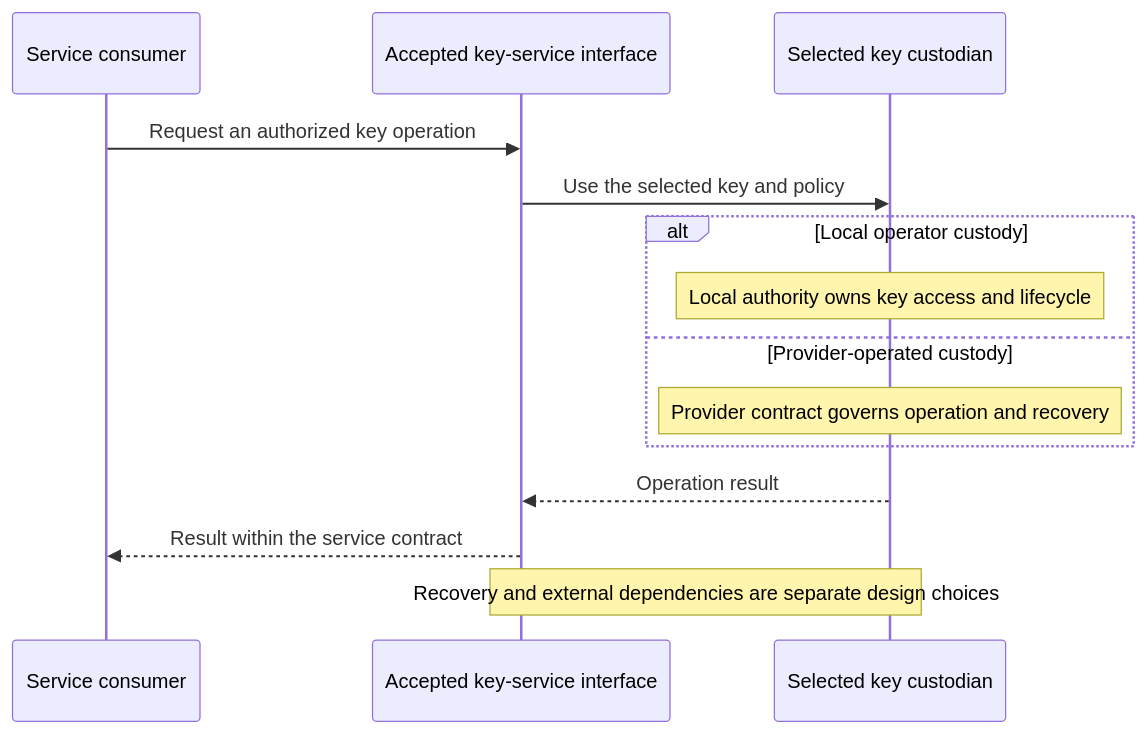
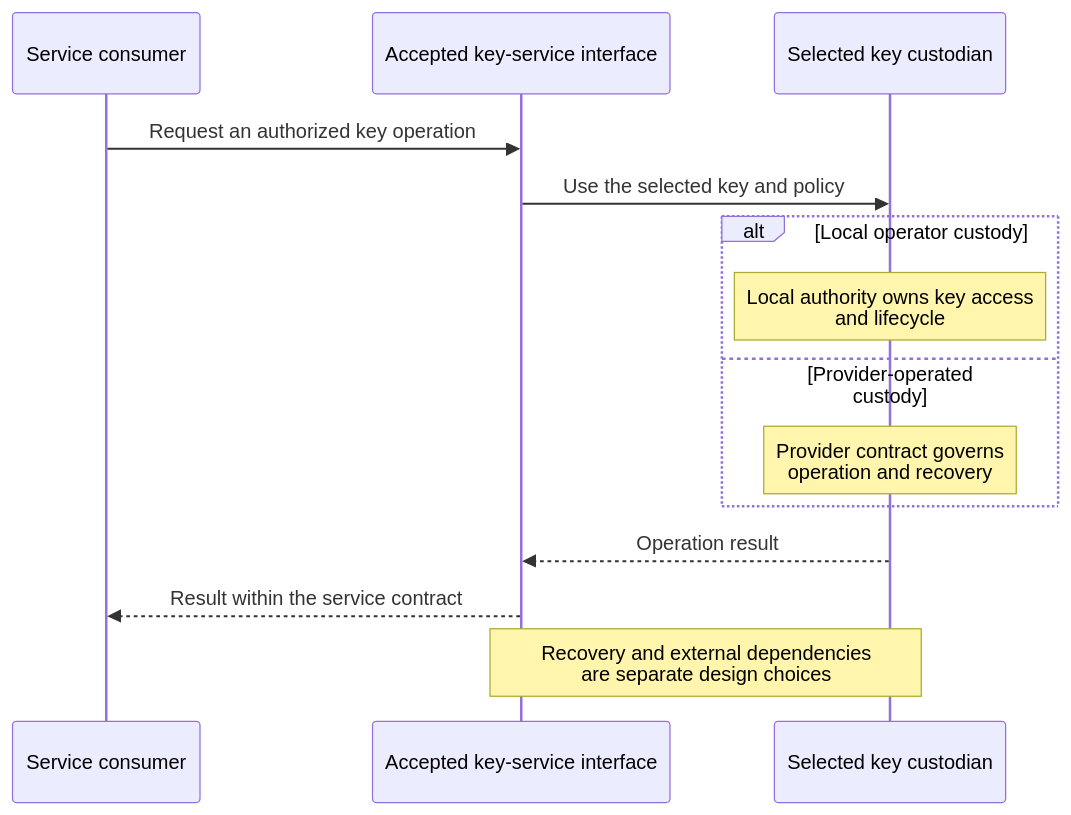
The diagram in docs/01-architecture/01-background/02-key-custody.md (Rexus/homelab), drawn with Mermaid before and after one commit. The commit also changed 124 other files, not shown here.

First line of the commit message:
fix(platform): align service diagrams and directory failover

````diff
--- a/docs/01-architecture/01-background/02-key-custody.md
+++ b/docs/01-architecture/01-background/02-key-custody.md
@@ -7,16 +7,16 @@
 ```mermaid
 sequenceDiagram
   participant Consumer as Service consumer
   participant API as Accepted key-service interface
   participant Custody as Selected key custodian
   Consumer->>API: Request an authorized key operation
   API->>Custody: Use the selected key and policy
   alt Local operator custody
-    Note over Custody: Local authority owns key access and lifecycle
+    Note over Custody: Local authority owns key access<br/>and lifecycle
   else Provider-operated custody
-    Note over Custody: Provider contract governs operation and recovery
+    Note over Custody: Provider contract governs<br/>operation and recovery
   end
   Custody-->>API: Operation result
   API-->>Consumer: Result within the service contract
-  Note over API,Custody: Recovery and external dependencies are separate design choices
+  Note over API,Custody: Recovery and external dependencies<br/>are separate design choices
 ```
````
